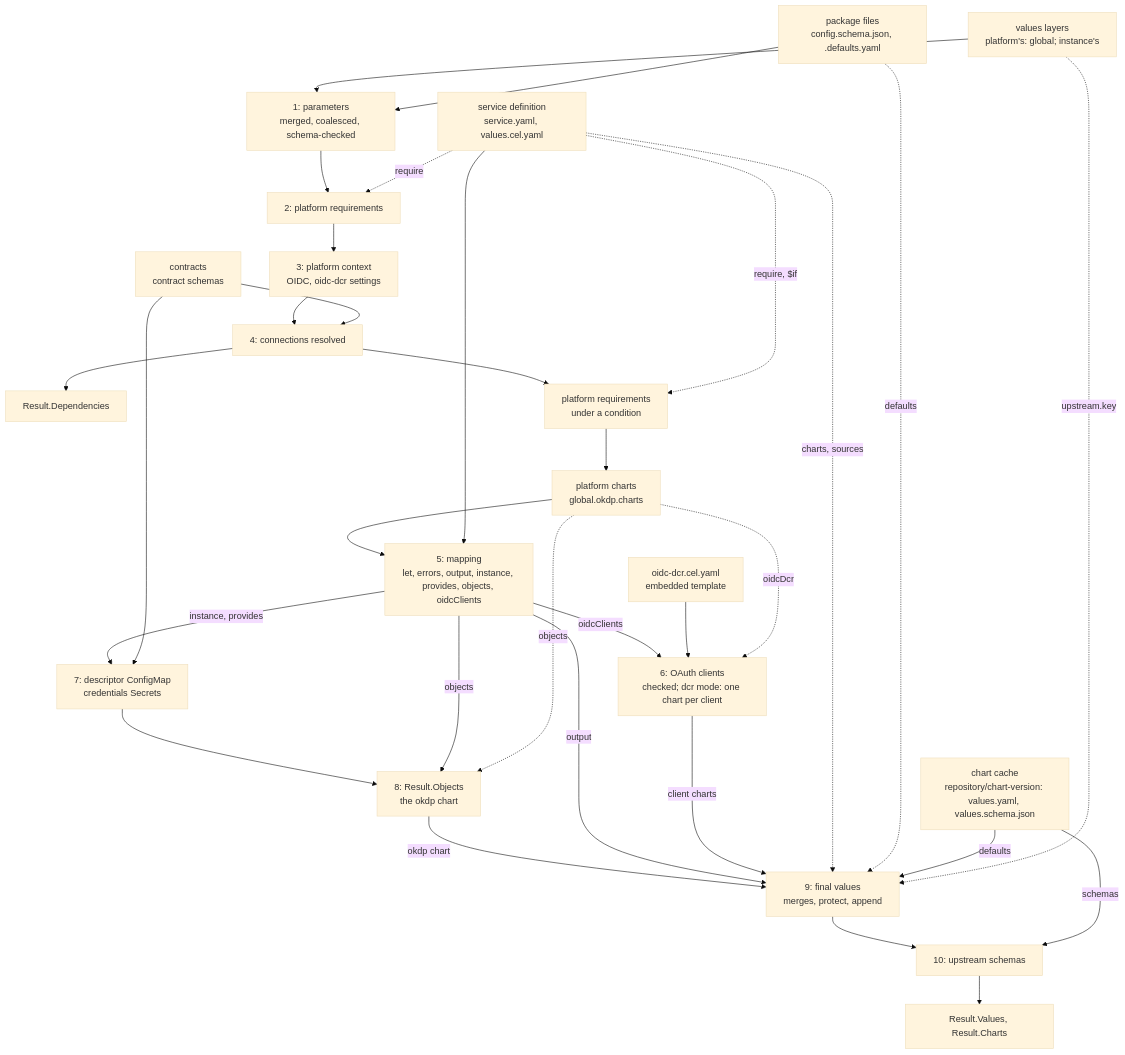
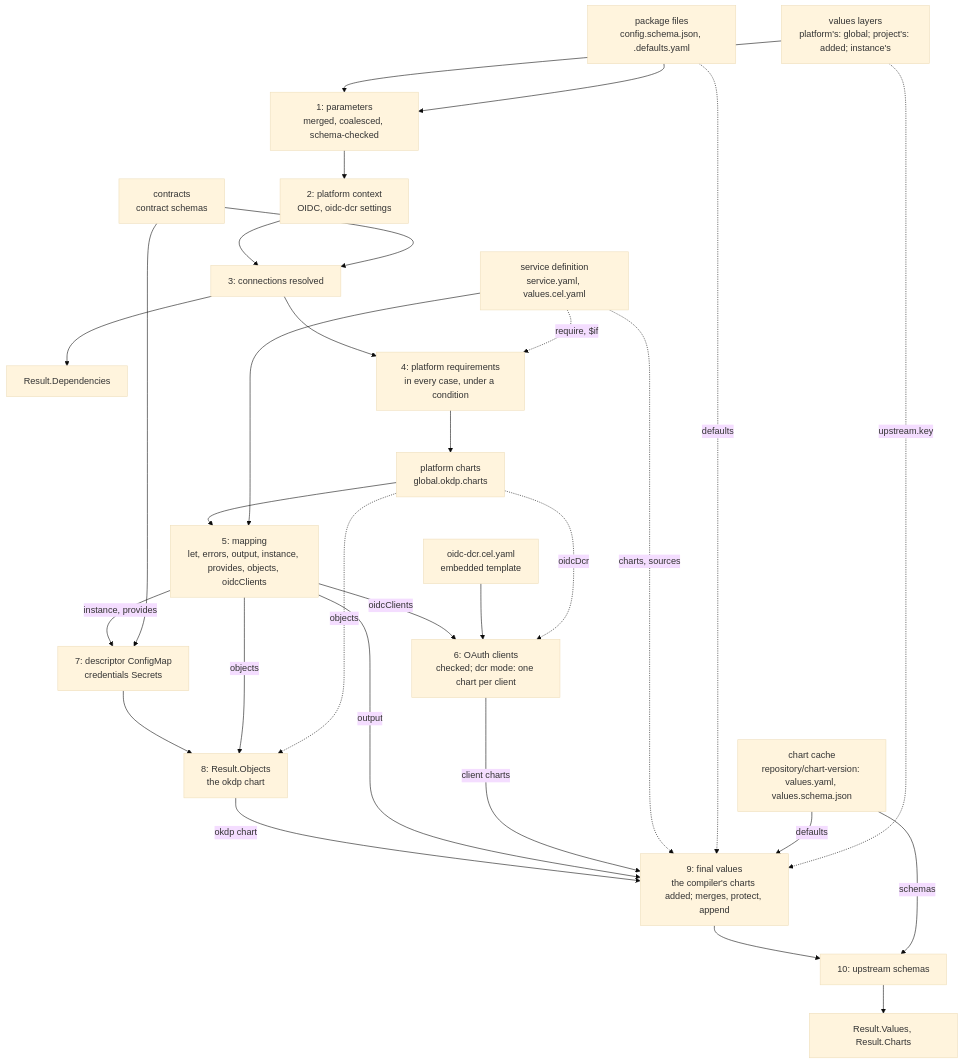
Before and after one commit to OKDP/okdp-compiler: the diagram in docs/00_architecture.md, drawn with Mermaid (base theme). The commit also changed other lines of this file and 101 other files, not shown here.

Commit message:
feat!: --project values that add to the platform's, examples/03_full

````diff
--- a/docs/00_architecture.md
+++ b/docs/00_architecture.md
@@ -43,41 +44,39 @@
 ```mermaid
 flowchart TD
   def["service definition<br/>service.yaml, values.cel.yaml"]
   pkg["package files<br/>config.schema.json, <key>.defaults.yaml"]
-  layers["values layers<br/>platform's: global; instance's"]
+  layers["values layers<br/>platform's: global; project's: added; instance's"]
   contracts["contracts<br/>contract schemas"]
   cache["chart cache<br/>repository/chart-version: values.yaml, values.schema.json"]
   tmpl["oidc-dcr.cel.yaml<br/>embedded template"]
 
   layers --> s1["1: parameters<br/>merged, coalesced, schema-checked"]
   pkg --> s1
-  s1 --> s2["2: platform requirements"]
-  def -. require .-> s2
-  s2 --> s3["3: platform context<br/>OIDC, oidc-dcr settings"]
-  s3 --> s4["4: connections resolved"]
-  contracts --> s4
-  s4 --> deps["Result.Dependencies"]
-  s4 --> rw["platform requirements<br/>under a condition"]
-  def -. "require, $if" .-> rw
-  rw --> pc["platform charts<br/>global.okdp.charts"]
+  s1 --> s2["2: platform context<br/>OIDC, oidc-dcr settings"]
+  s2 --> s3["3: connections resolved"]
+  contracts --> s3
+  s3 --> deps["Result.Dependencies"]
+  s3 --> s4["4: platform requirements<br/>in every case, under a condition"]
+  def -. "require, $if" .-> s4
+  s4 --> pc["platform charts<br/>global.okdp.charts"]
   pc --> s5["5: mapping<br/>let, errors, output, instance, provides, objects, oidcClients"]
   def --> s5
   s5 -- oidcClients --> s6["6: OAuth clients<br/>checked; dcr mode: one chart per client"]
   tmpl --> s6
   pc -. oidcDcr .-> s6
   s5 -- "instance, provides" --> s7["7: descriptor ConfigMap<br/>credentials Secrets"]
   contracts --> s7
   s7 --> s8["8: Result.Objects<br/>the okdp chart"]
   s5 -- objects --> s8
   pc -. objects .-> s8
   s8 -- "okdp chart" --> s9
-  s5 -- output --> s9["9: final values<br/>merges, protect, append"]
+  s5 -- output --> s9["9: final values<br/>the compiler's charts added; merges, protect, append"]
   s6 -- "client charts" --> s9
   def -. "charts, sources" .-> s9
   pkg -. defaults .-> s9
   cache -- defaults --> s9
   layers -. "upstream.key" .-> s9
   s9 --> s10["10: upstream schemas"]
   cache -- schemas --> s10
   s10 --> vals["Result.Values, Result.Charts"]
 ```
````
